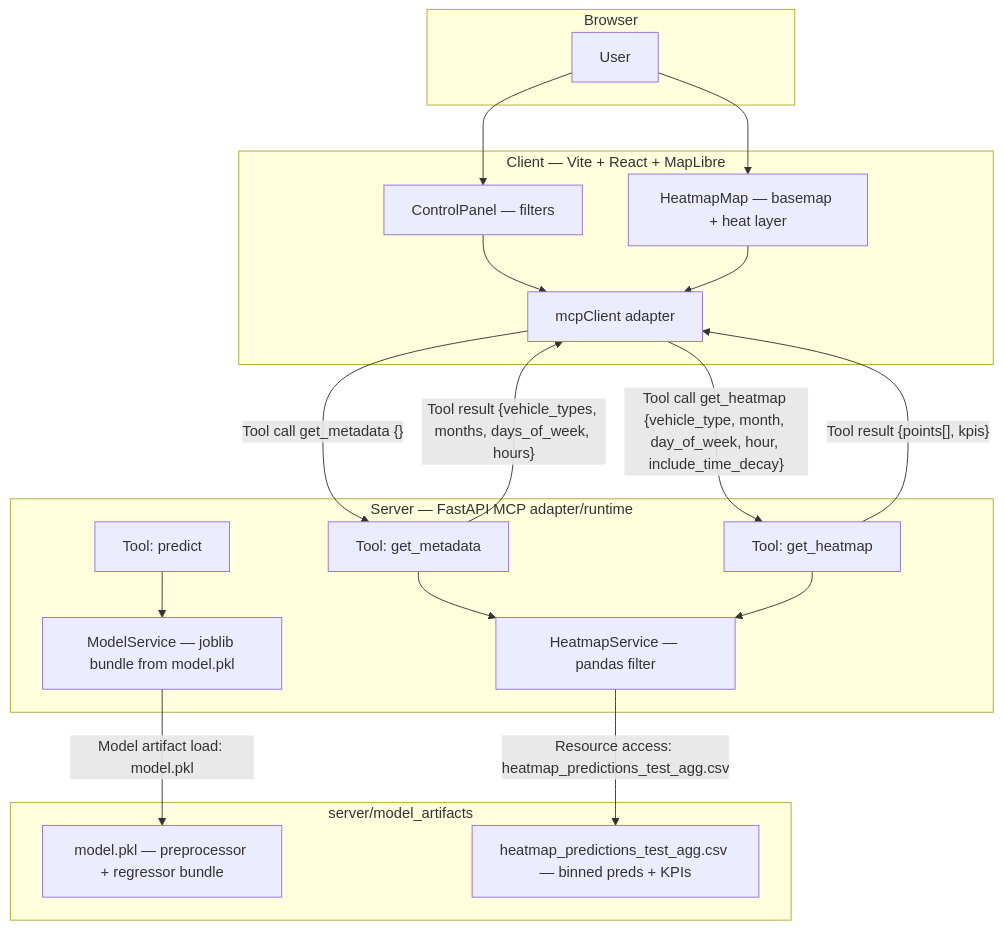
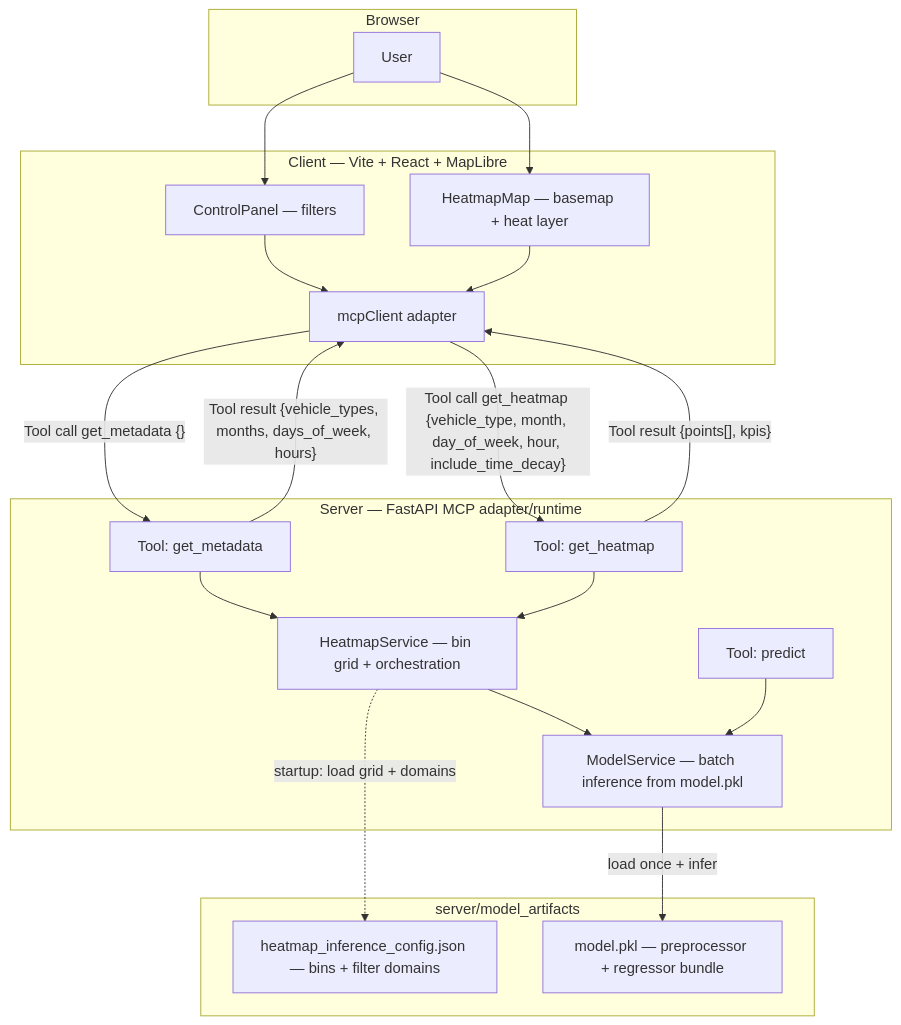
The first of 3 diagrams in README.md (rosadigital/centennialCollege_AICapstoneProject), drawn with Mermaid before and after one commit. The commit also changed other lines of this file and 7 other files, not shown here.

First line of the commit message:
feat(server): heatmap from model.pkl batch inference

````diff
--- a/README.md
+++ b/README.md
@@ -21,39 +21,40 @@
 ```mermaid
 flowchart TB
     subgraph Browser
         U[User]
     end
 
     subgraph Client["Client — Vite + React + MapLibre"]
         CP[ControlPanel — filters]
         HM[HeatmapMap — basemap + heat layer]
         APIc[mcpClient adapter]
         CP --> APIc
         HM --> APIc
     end
 
     subgraph Server["Server — FastAPI MCP adapter/runtime"]
         R1["Tool: get_metadata"]
         R2["Tool: get_heatmap"]
         R3["Tool: predict"]
-        HS[HeatmapService — pandas filter]
-        MS[ModelService — joblib bundle from model.pkl]
+        HS[HeatmapService — bin grid + orchestration]
+        MS[ModelService — batch inference from model.pkl]
         R1 --> HS
         R2 --> HS
+        HS --> MS
         R3 --> MS
     end
 
     subgraph Artifacts["server/model_artifacts"]
+        CFG["heatmap_inference_config.json — bins + filter domains"]
         PKL["model.pkl — preprocessor + regressor bundle"]
-        CSV["heatmap_predictions_test_agg.csv — binned preds + KPIs"]
     end
 
     U --> CP
     U --> HM
     APIc -->|"Tool call get_metadata {}"| R1
     R1 -->|"Tool result {vehicle_types, months, days_of_week, hours}"| APIc
     APIc -->|"Tool call get_heatmap {vehicle_type, month, day_of_week, hour, include_time_decay}"| R2
     R2 -->|"Tool result {points[], kpis}"| APIc
-    HS -->|"Resource access: heatmap_predictions_test_agg.csv"| CSV
-    MS -->|"Model artifact load: model.pkl"| PKL
+    HS -.->|"startup: load grid + domains"| CFG
+    MS -->|"load once + infer"| PKL
 ```
````
